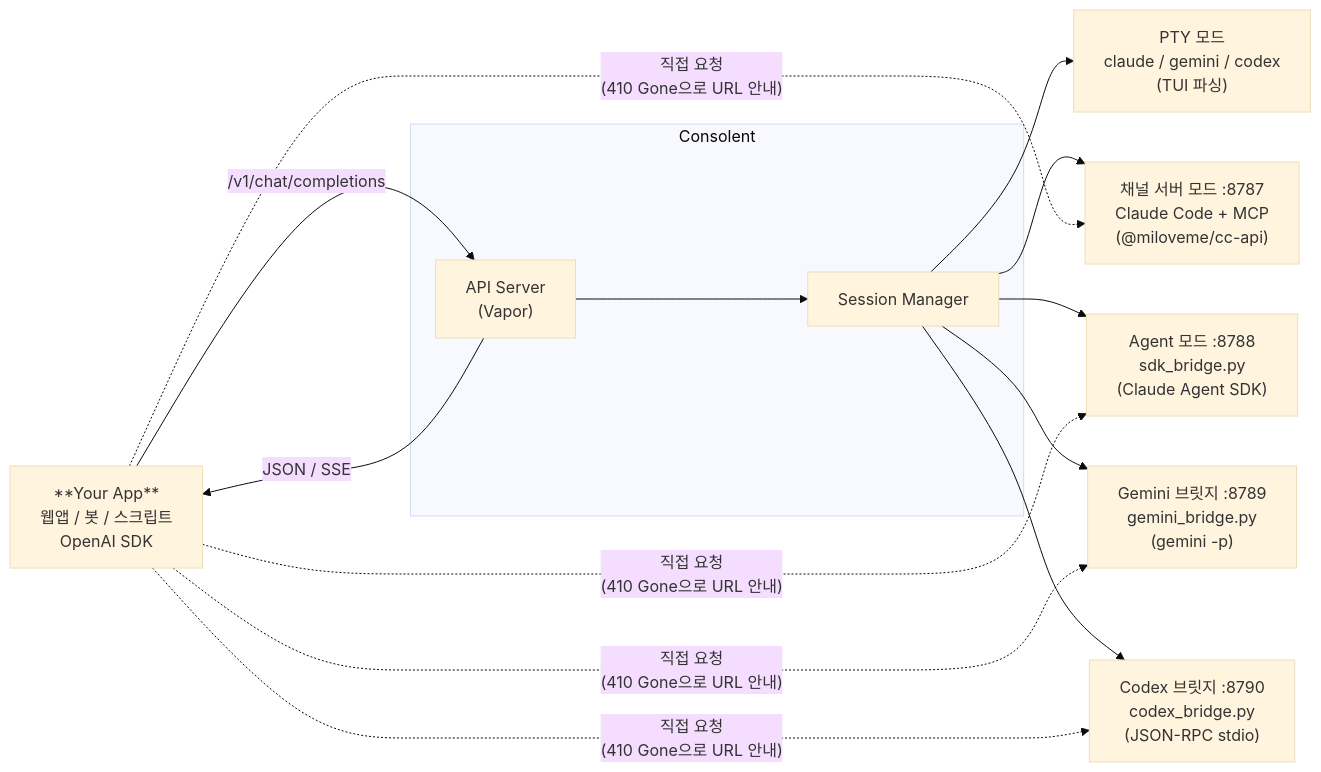
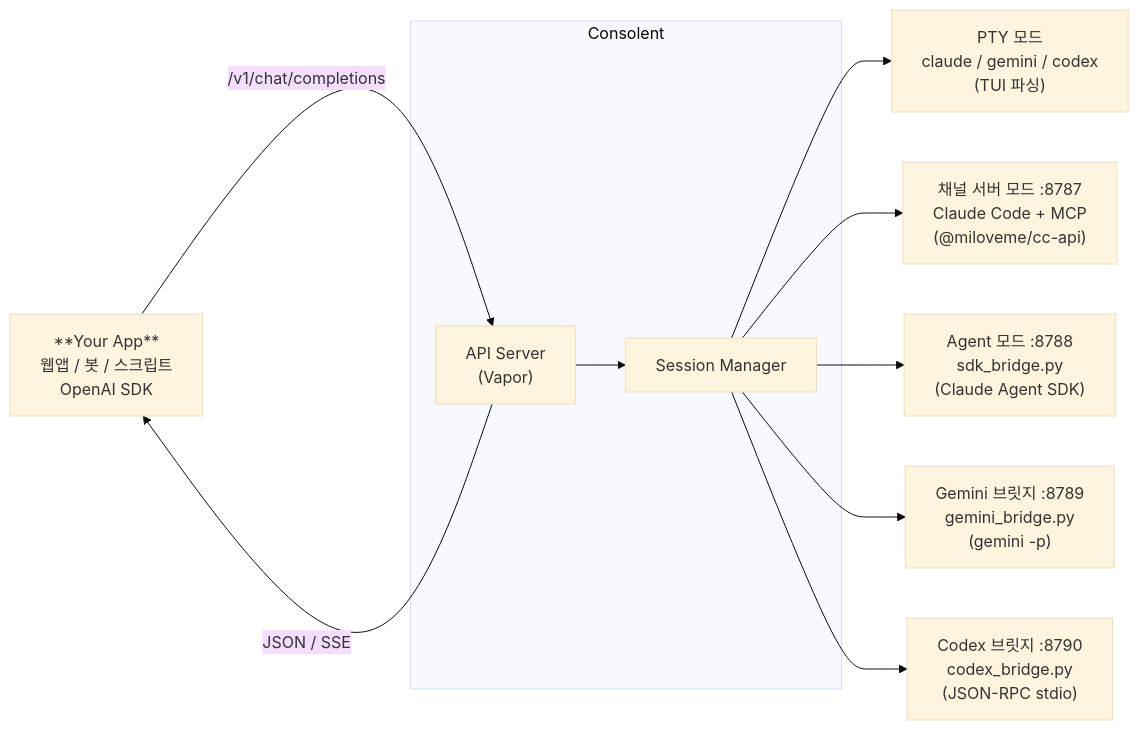
Before and after one commit to miloveme/consolent-swift: the diagram in README.md, drawn with Mermaid (base theme).

Commit message:
README: 아키텍처 다이어그램에서 410 Gone 점선 제거

````diff
--- a/README.md
+++ b/README.md
@@ -7,24 +7,20 @@
 ```mermaid
 flowchart LR
     App["**Your App**\n웹앱 / 봇 / 스크립트\nOpenAI SDK"]
 
     subgraph Consolent
         API["API Server\n(Vapor)"]
         SM["Session Manager"]
         API --> SM
     end
 
     App -- "/v1/chat/completions" --> API
     API -- "JSON / SSE" --> App
 
     SM --> PTY["PTY 모드\nclaude / gemini / codex\n(TUI 파싱)"]
     SM --> CH["채널 서버 모드 :8787\nClaude Code + MCP\n(@miloveme/cc-api)"]
     SM --> AG["Agent 모드 :8788\nsdk_bridge.py\n(Claude Agent SDK)"]
     SM --> GB["Gemini 브릿지 :8789\ngemini_bridge.py\n(gemini -p)"]
     SM --> CB["Codex 브릿지 :8790\ncodex_bridge.py\n(JSON-RPC stdio)"]
 
-    App -. "직접 요청\n(410 Gone으로 URL 안내)" .-> CH
-    App -. "직접 요청\n(410 Gone으로 URL 안내)" .-> AG
-    App -. "직접 요청\n(410 Gone으로 URL 안내)" .-> GB
-    App -. "직접 요청\n(410 Gone으로 URL 안내)" .-> CB
 ```
````
